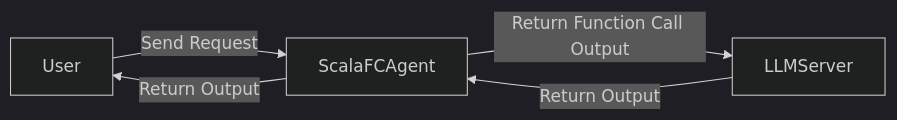
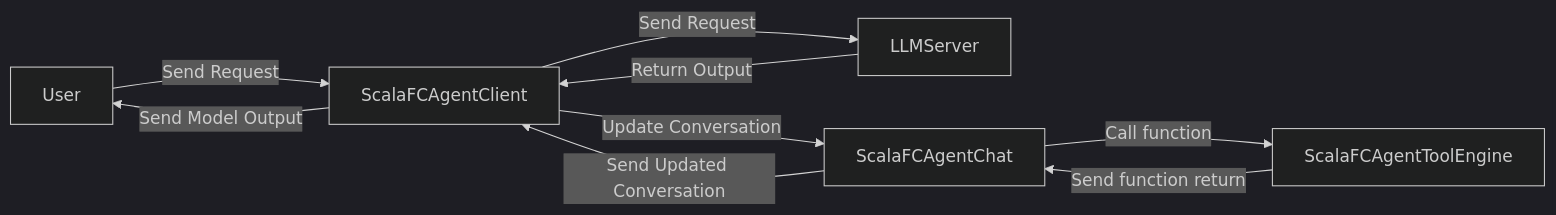
Before and after one commit to SuperHotDogCat/ScalaFCAgent: the diagram in README.md, drawn with Mermaid (dark theme). The commit also changed other lines of this file, not shown here.

````diff
--- a/README.md
+++ b/README.md
@@ -3,7 +4,11 @@
 ```mermaid
 flowchart LR
-    User -->|Send Request| ScalaFCAgent
-    LLMServer -->|Return Output| ScalaFCAgent
-    ScalaFCAgent -->|Return Function Call Output| LLMServer
-    ScalaFCAgent -->|Return Output| User
+    User -->|Send Request| ScalaFCAgentClient
+    LLMServer -->|Return Output| ScalaFCAgentClient
+    ScalaFCAgentClient -->|Send Request| LLMServer
+    ScalaFCAgentClient -->|Send Model Output| User
+    ScalaFCAgentClient -->|Update Conversation| ScalaFCAgentChat
+    ScalaFCAgentChat -->|Call function| ScalaFCAgentToolEngine
+    ScalaFCAgentToolEngine -->|Send function return| ScalaFCAgentChat
+    ScalaFCAgentChat -->|Send Updated Conversation| ScalaFCAgentClient
 ```
````
